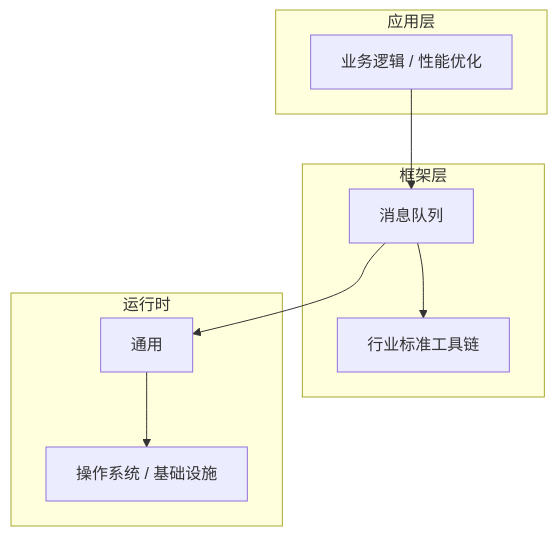
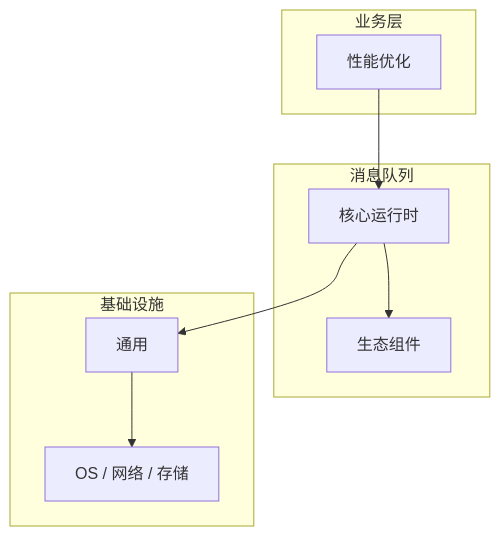
One commit to yanggan2015/knowledge-json-v2 changed the diagram in articles/消息队列/chapters/089-性能优化核心概念与原理.md. Above: the diagram before and after it, drawn with Mermaid. The commit also changed other lines of this file and 10127 other files, not shown here.

````diff
--- a/articles/消息队列/chapters/089-性能优化核心概念与原理.md
+++ b/articles/消息队列/chapters/089-性能优化核心概念与原理.md
@@ -45,18 +34,18 @@
 ```mermaid
 graph TB
-    subgraph 应用层
-        A[业务逻辑 / 性能优化]
+    subgraph 业务层
+        A[性能优化]
     end
-    subgraph 框架层
-        B[消息队列]
-        C[行业标准工具链]
+    subgraph 消息队列
+        B[核心运行时]
+        C[生态组件]
     end
-    subgraph 运行时
+    subgraph 基础设施
         D[通用]
-        E[操作系统 / 基础设施]
+        E[OS / 网络 / 存储]
     end
     A --> B
     B --> C
     B --> D
     D --> E
 ```
````
